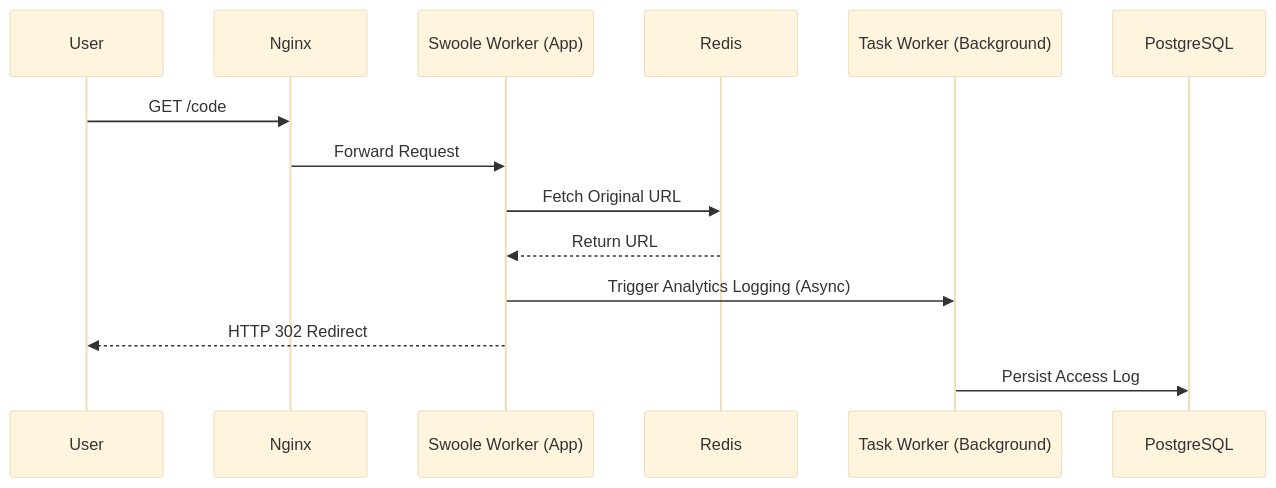
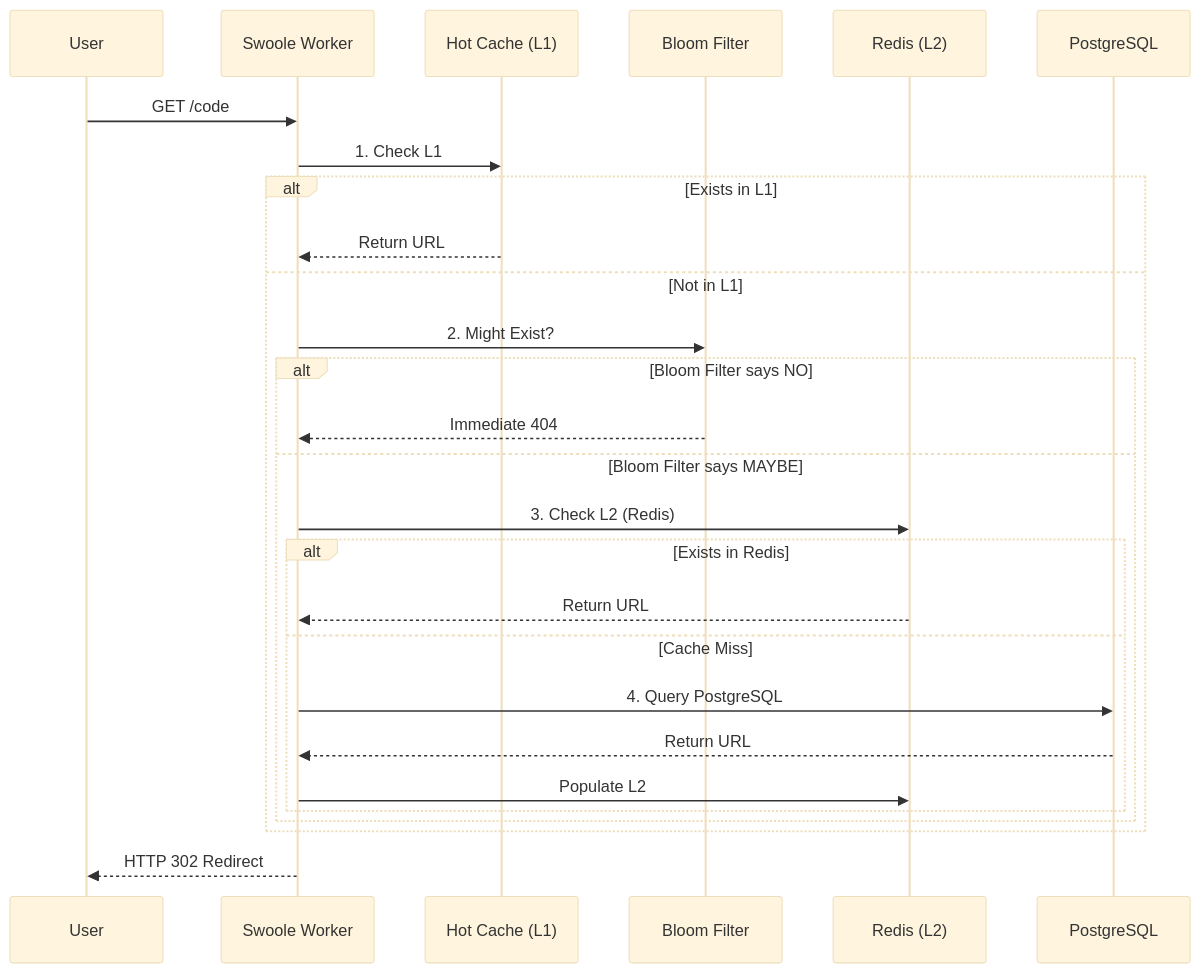
The second of 2 diagrams in docs/architecture.md (SaorCampos/url_shortener), drawn with Mermaid (base theme) before and after one commit. The commit also changed other lines of this file, not shown here.

````diff
--- a/docs/architecture.md
+++ b/docs/architecture.md
@@ -102,17 +138,30 @@
 ```mermaid
 sequenceDiagram
     participant U as User
-    participant N as Nginx
-    participant W as Swoole Worker (App)
-    participant R as Redis
-    participant T as Task Worker (Background)
+    participant W as Swoole Worker
+    participant HC as Hot Cache (L1)
+    participant BF as Bloom Filter
+    participant R as Redis (L2)
     participant DB as PostgreSQL
 
-    U->>N: GET /code
-    N->>W: Forward Request
-    W->>R: Fetch Original URL
-    R-->>W: Return URL
-    W->>T: Trigger Analytics Logging (Async)
+    U->>W: GET /code
+    W->>HC: 1. Check L1
+    alt Exists in L1
+        HC-->>W: Return URL
+    else Not in L1
+        W->>BF: 2. Might Exist?
+        alt Bloom Filter says NO
+            BF-->>W: Immediate 404
+        else Bloom Filter says MAYBE
+            W->>R: 3. Check L2 (Redis)
+            alt Exists in Redis
+                R-->>W: Return URL
+            else Cache Miss
+                W->>DB: 4. Query PostgreSQL
+                DB-->>W: Return URL
+                W->>R: Populate L2
+            end
+        end
+    end
     W-->>U: HTTP 302 Redirect
-    T->>DB: Persist Access Log
 ```
````
